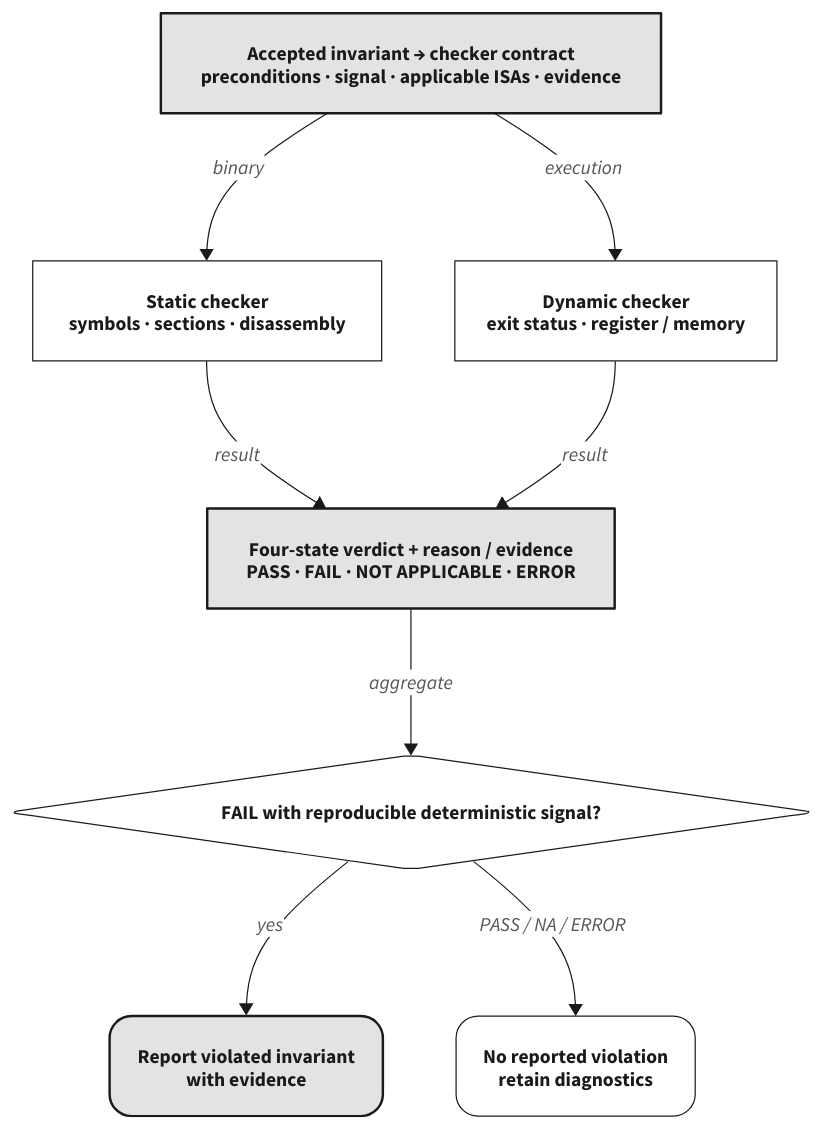
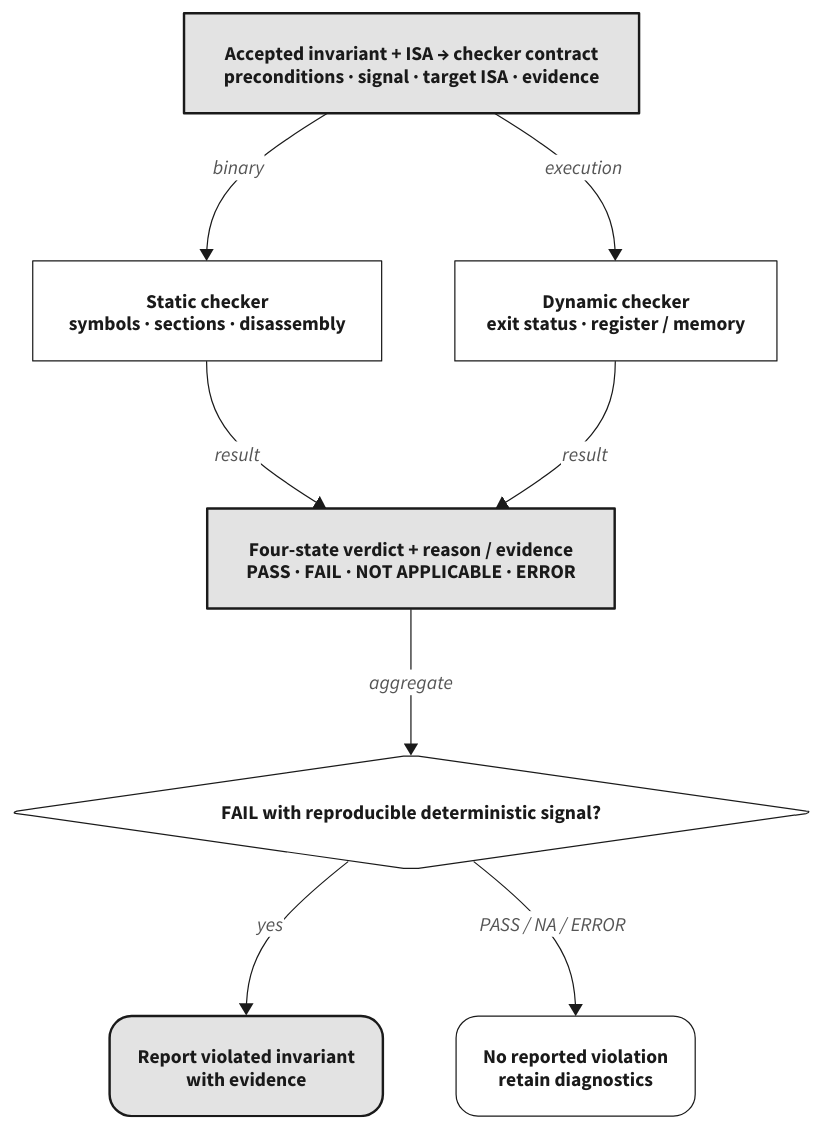
Before and after one commit to SEU-SSH/zjy-paper: the diagram in figures/src/oracle-flow.d2, drawn with D2. The commit also changed 17 other files, not shown here.

Commit message:
docs(paper): clarify ISA-specific checkers per invariant

```diff
--- a/figures/src/oracle-flow.d2
+++ b/figures/src/oracle-flow.d2
@@ -1,27 +1,27 @@
 # Fig: invariant -> checker -> grounded verdict (academic monochrome)
 # render: d2 --theme=0 --pad=8 oracle-flow.d2 ../oracle-flow.svg
 
 classes: {
   node:  { style: { fill: white; stroke: "#1A1A1A"; stroke-width: 1; font-color: "#1A1A1A" } }
   key:   { style: { fill: "#E3E3E3"; stroke: "#1A1A1A"; stroke-width: 2; font-color: "#1A1A1A" } }
   term:  { style: { fill: white; stroke: "#1A1A1A"; stroke-width: 1; font-color: "#1A1A1A"; border-radius: 18 } }
   termE: { style: { fill: "#E3E3E3"; stroke: "#1A1A1A"; stroke-width: 2; font-color: "#1A1A1A"; border-radius: 18 } }
 }
 
 direction: down
 
-contract: "Accepted invariant → checker contract\npreconditions · signal · applicable ISAs · evidence" { class: key }
+contract: "Accepted invariant + ISA → checker contract\npreconditions · signal · target ISA · evidence" { class: key }
 static: "Static checker\nsymbols · sections · disassembly" { class: node }
 dynamic: "Dynamic checker\nexit status · register / memory" { class: node }
 verdict: "Four-state verdict + reason / evidence\nPASS · FAIL · NOT APPLICABLE · ERROR" { class: key }
 gate: "FAIL with reproducible deterministic signal?" { class: node; shape: diamond }
 bug: "Report violated invariant\nwith evidence" { class: termE }
 ok: "No reported violation\nretain diagnostics" { class: term }
 
 contract -> static: "binary" { style: { stroke: "#1A1A1A"; stroke-width: 1; font-color: "#555555" } }
 contract -> dynamic: "execution" { style: { stroke: "#1A1A1A"; stroke-width: 1; font-color: "#555555" } }
 static -> verdict: "result" { style: { stroke: "#1A1A1A"; stroke-width: 1; font-color: "#555555" } }
 dynamic -> verdict: "result" { style: { stroke: "#1A1A1A"; stroke-width: 1; font-color: "#555555" } }
 verdict -> gate: "aggregate" { style: { stroke: "#1A1A1A"; stroke-width: 1; font-color: "#555555" } }
 gate -> bug: "yes" { style: { stroke: "#1A1A1A"; stroke-width: 1; font-color: "#555555" } }
 gate -> ok: "PASS / NA / ERROR" { style: { stroke: "#1A1A1A"; stroke-width: 1; font-color: "#555555" } }
```
